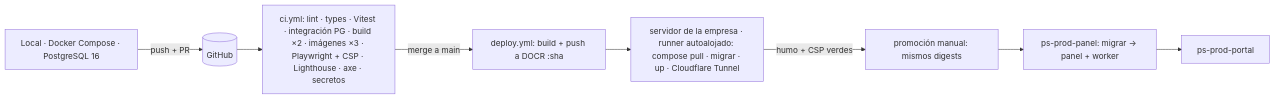
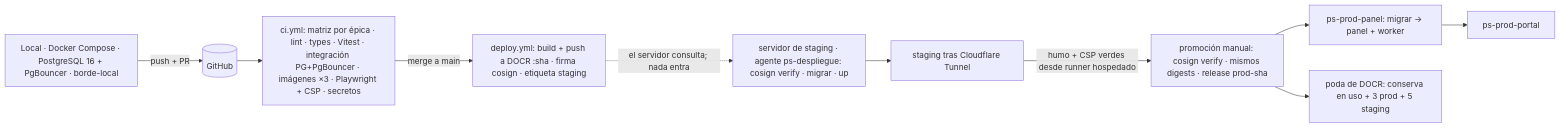
The first of 2 diagrams in docs/adr/0010-entornos-despliegue-y-perimetro.md (JesusSeguraCO/ps-app-neural), drawn with Mermaid before and after one commit. The commit also changed other lines of this file and 11 other files, not shown here.

````diff
--- a/docs/adr/0010-entornos-despliegue-y-perimetro.md
+++ b/docs/adr/0010-entornos-despliegue-y-perimetro.md
@@ -150,10 +275,12 @@
 ```mermaid
 flowchart LR
-  DEV[Local · Docker Compose · PostgreSQL 16] -->|push + PR| GH[(GitHub)]
-  GH --> CI[ci.yml: lint · types · Vitest · integración PG · build ×2 · imágenes ×3 · Playwright + CSP · Lighthouse · axe · secretos]
-  CI -->|merge a main| DP[deploy.yml: build + push a DOCR :sha]
-  DP --> STG[servidor de la empresa · runner autoalojado: compose pull · migrar · up · Cloudflare Tunnel]
-  STG -->|humo + CSP verdes| PRM[promoción manual: mismos digests]
+  DEV[Local · Docker Compose · PostgreSQL 16 + PgBouncer · borde-local] -->|push + PR| GH[(GitHub)]
+  GH --> CI[ci.yml: matriz por épica · lint · types · Vitest · integración PG+PgBouncer · imágenes ×3 · Playwright + CSP · secretos]
+  CI -->|merge a main| DP[deploy.yml: build + push a DOCR :sha · firma cosign · etiqueta staging]
+  DP -.->|el servidor consulta; nada entra| AG[servidor de staging · agente ps-despliegue: cosign verify · migrar · up]
+  AG --> STG[staging tras Cloudflare Tunnel]
+  STG -->|humo + CSP verdes desde runner hospedado| PRM[promoción manual: cosign verify · mismos digests · release prod-sha]
   PRM --> PRP[ps-prod-panel: migrar → panel + worker]
   PRP --> PRO[ps-prod-portal]
+  PRM --> PODA[poda de DOCR: conserva en uso + 3 prod + 5 staging]
 ```
````
